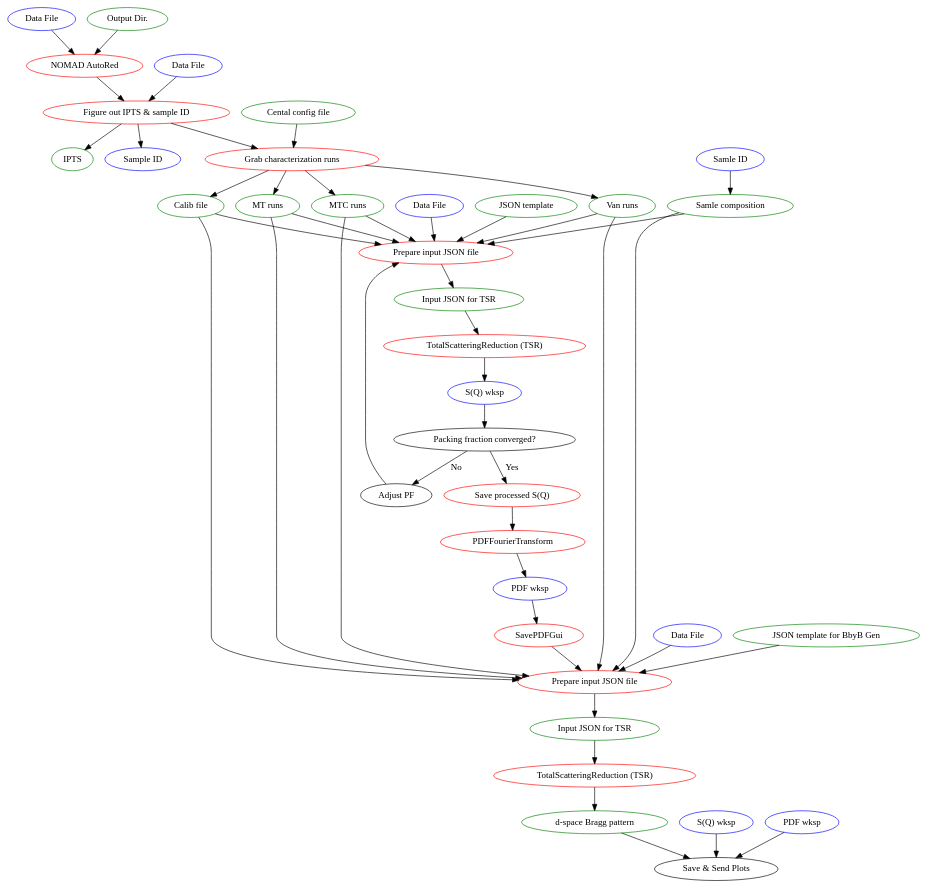
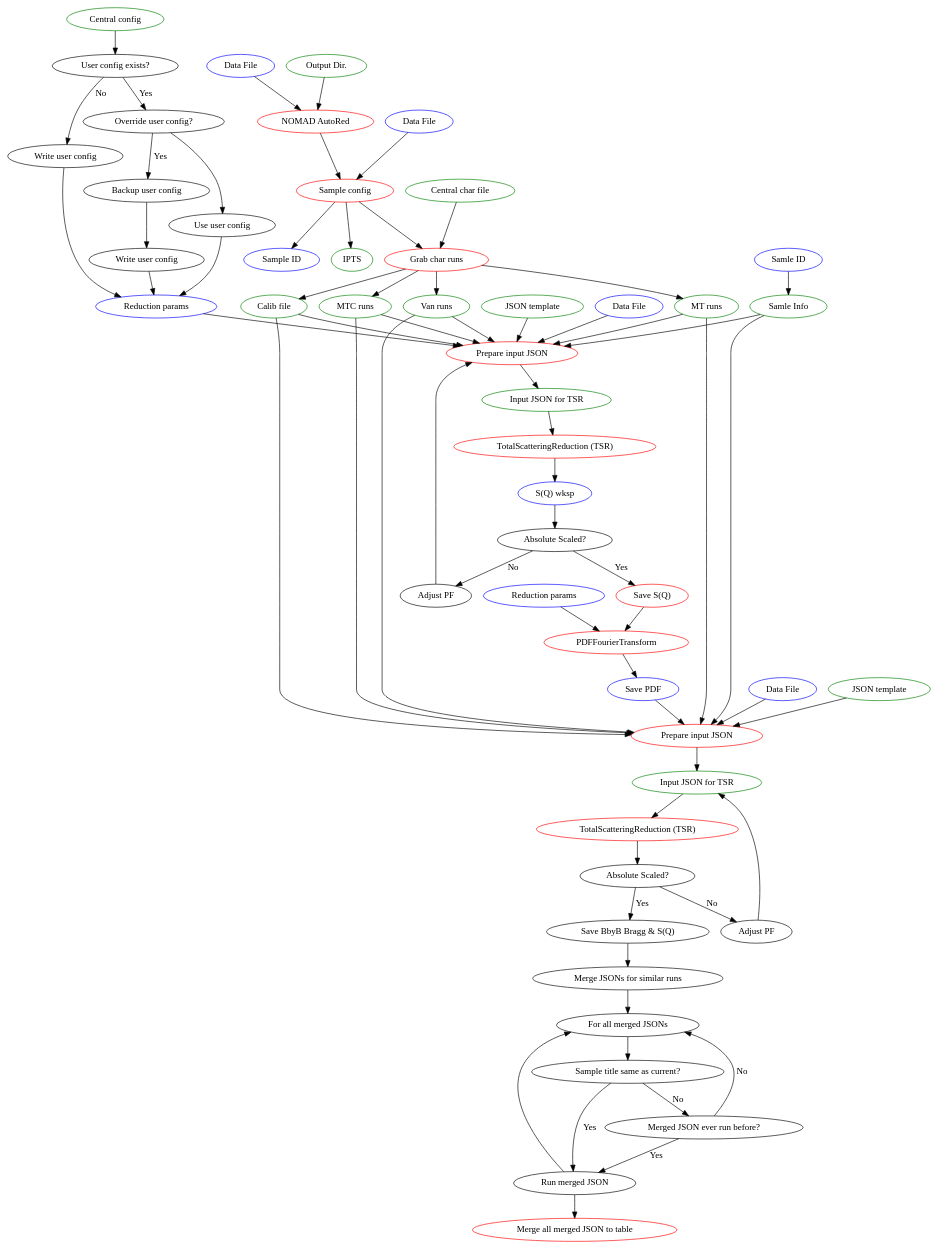
One commit to Kvieta1990/Working_Proj changed the diagram in Support/Docs/NOM_AutoRed.dot. Above: the diagram before and after it, drawn with Graphviz. The commit also changed 2 other files, not shown here.

Commit message:
update nom auto

```diff
--- a/Support/Docs/NOM_AutoRed.dot
+++ b/Support/Docs/NOM_AutoRed.dot
@@ -1,46 +1,65 @@
 strict digraph G {
+ {node[color=green];"Central config"} -> "User config exists?";
+ "User config exists?" -> "Write user config" [label=" No"];
+ "Write user config" -> {node[color=blue];"Reduction params"};
+ "Reduction params" -> {node[color=red];"Prepare input JSON"};
+ "User config exists?" -> "Override user config?" [label=" Yes"];
+ "Override user config?" -> "Backup user config" [label=" Yes"];
+ "Backup user config" -> {node[label="Write user config"];"ruc_1"};
+ {node[label="Write user config"];"ruc_1"} -> {node[color=blue];"Reduction params"};
+ "Override user config?" -> "Use user config";
+ "Use user config" -> {node[color=blue];"Reduction params"};
  {node[color=blue];"Data File"} -> {node[color=red];"NOMAD AutoRed"};
  {node[color=green];"Output Dir."} -> {node[color=red];"NOMAD AutoRed"};
- {node[color=red];"NOMAD AutoRed"} -> {node[color=red];"Figure out IPTS & sample ID"};
- {node[color=blue;label="Data File"];"df_1"} -> {node[color=red];"Figure out IPTS & sample ID"};
- {node[color=red];"Figure out IPTS & sample ID"} -> {node[color=green];"IPTS"};
- {node[color=red];"Figure out IPTS & sample ID"} -> {node[color=blue];"Sample ID"};
- {node[color=red];"Figure out IPTS & sample ID"} -> {node[color=red];"Grab characterization runs"};
- {node[color=green;label="Cental config file"];"cf_1"} -> {node[color=red];"Grab characterization runs"};
- {node[color=red];"Grab characterization runs"} -> {node[color=green];"MTC runs"};
- {node[color=red];"Grab characterization runs"} -> {node[color=green];"MT runs"};
- {node[color=red];"Grab characterization runs"} -> {node[color=green];"Van runs"};
- {node[color=red];"Grab characterization runs"} -> {node[color=green];"Calib file"};
- {node[color=blue;label="Data File"];"df_2"} -> {node[color=red];"Prepare input JSON file"};
- {node[color=green;label="Samle composition"];"sc_2"} -> {node[color=red];"Prepare input JSON file"};
- {node[color=blue;label="Samle ID"];"sid_2"} -> {node[color=green;label="Samle composition"];"sc_2"};
- {node[color=green];"MTC runs"} -> {node[color=red];"Prepare input JSON file"};
- {node[color=green];"MT runs"} -> {node[color=red];"Prepare input JSON file"};
- {node[color=green];"JSON template"} -> {node[color=red];"Prepare input JSON file"};
- {node[color=green];"Van runs"} -> {node[color=red];"Prepare input JSON file"};
- {node[color=green];"Calib file"} -> {node[color=red];"Prepare input JSON file"};
- {node[color=red];"Prepare input JSON file"} -> {node[color=green];"Input JSON for TSR"};
+ {node[color=red];"NOMAD AutoRed"} -> {node[color=red];"Sample config"};
+ {node[color=blue;label="Data File"];"df_1"} -> {node[color=red];"Sample config"};
+ {node[color=red];"Sample config"} -> {node[color=green];"IPTS"};
+ {node[color=red];"Sample config"} -> {node[color=blue];"Sample ID"};
+ {node[color=red];"Sample config"} -> {node[color=red];"Grab char runs"};
+ {node[color=green;label="Central char file"];"cf_1"} -> {node[color=red];"Grab char runs"};
+ {node[color=red];"Grab char runs"} -> {node[color=green];"MTC runs"};
+ {node[color=red];"Grab char runs"} -> {node[color=green];"MT runs"};
+ {node[color=red];"Grab char runs"} -> {node[color=green];"Van runs"};
+ {node[color=red];"Grab char runs"} -> {node[color=green];"Calib file"};
+ {node[color=blue;label="Data File"];"df_2"} -> {node[color=red];"Prepare input JSON"};
+ {node[color=green;label="Samle Info"];"sc_2"} -> {node[color=red];"Prepare input JSON"};
+ {node[color=blue;label="Samle ID"];"sid_2"} -> {node[color=green;label="Samle Info"];"sc_2"};
+ {node[color=green];"MTC runs"} -> {node[color=red];"Prepare input JSON"};
+ {node[color=green];"MT runs"} -> {node[color=red];"Prepare input JSON"};
+ {node[color=green];"JSON template"} -> {node[color=red];"Prepare input JSON"};
+ {node[color=green];"Van runs"} -> {node[color=red];"Prepare input JSON"};
+ {node[color=green];"Calib file"} -> {node[color=red];"Prepare input JSON"};
+ {node[color=red];"Prepare input JSON"} -> {node[color=green];"Input JSON for TSR"};
  {node[color=green];"Input JSON for TSR"} -> {node[color=red];"TotalScatteringReduction (TSR)"};
  {node[color=red];"TotalScatteringReduction (TSR)"} -> {node[color=blue];"S(Q) wksp"};
- {node[color=blue];"S(Q) wksp"} -> "Packing fraction converged?";
- "Packing fraction converged?" -> {node[color=red];"Save processed S(Q)"} [label="  Yes"];
- {node[color=red];"Save processed S(Q)"} -> {node[color=red];"PDFFourierTransform"};
- "Packing fraction converged?" -> "Adjust PF" [label="  No"];
- "Adjust PF" -> {node[color=red];"Prepare input JSON file"};
- {node[color=red];"PDFFourierTransform"} -> {node[color=blue];"PDF wksp"};
- {node[color=blue];"PDF wksp"} -> {node[color=red];"SavePDFGui"};
- {node[color=red];"SavePDFGui"} -> {node[color=red;label="Prepare input JSON file"];"input_json_prep_2"};
- {node[color=green];"MTC runs"} -> {node[color=red;label="Prepare input JSON file"];"input_json_prep_2"};
- {node[color=green];"MT runs"} -> {node[color=red;label="Prepare input JSON file"];"input_json_prep_2"};
- {node[color=green];"Van runs"} -> {node[color=red;label="Prepare input JSON file"];"input_json_prep_2"};
- {node[color=green];"Calib file"} -> {node[color=red;label="Prepare input JSON file"];"input_json_prep_2"};
- {node[color=blue;label="Data File"];"df_3"} -> {node[color=red;label="Prepare input JSON file"];"input_json_prep_2"};
- {node[color=green];"JSON template for BbyB Gen"} -> {node[color=red;label="Prepare input JSON file"];"input_json_prep_2"};
- {node[color=green;label="Samle composition"];"sc_2"} -> {node[color=red;label="Prepare input JSON file"];"input_json_prep_2"};
- {node[color=red;label="Prepare input JSON file"];"input_json_prep_2"} -> {node[color=green;label="Input JSON for TSR"];"input_json_TSR"};
+ {node[color=blue];"S(Q) wksp"} -> "Absolute Scaled?";
+ "Absolute Scaled?" -> {node[color=red];"Save S(Q)"} [label="  Yes"];
+ {node[color=red];"Save S(Q)"} -> {node[color=red];"PDFFourierTransform"};
+ {node[color=blue;label="Reduction params"];"rdp_1"} -> {node[color=red];"PDFFourierTransform"};
+ "Absolute Scaled?" -> "Adjust PF" [label="  No"];
+ "Adjust PF" -> {node[color=red];"Prepare input JSON"};
+ {node[color=red];"PDFFourierTransform"} -> {node[color=blue];"Save PDF"};
+ {node[color=blue];"Save PDF"} -> {node[color=red;label="Prepare input JSON"];"input_json_prep_2"};
+ {node[color=green];"MTC runs"} -> {node[color=red;label="Prepare input JSON"];"input_json_prep_2"};
+ {node[color=green];"MT runs"} -> {node[color=red;label="Prepare input JSON"];"input_json_prep_2"};
+ {node[color=green];"Van runs"} -> {node[color=red;label="Prepare input JSON"];"input_json_prep_2"};
+ {node[color=green];"Calib file"} -> {node[color=red;label="Prepare input JSON"];"input_json_prep_2"};
+ {node[color=blue;label="Data File"];"df_3"} -> {node[color=red;label="Prepare input JSON"];"input_json_prep_2"};
+ {node[color=green;label="JSON template"];"jt_1"} -> {node[color=red;label="Prepare input JSON"];"input_json_prep_2"};
+ {node[color=green;label="Samle Info"];"sc_2"} -> {node[color=red;label="Prepare input JSON"];"input_json_prep_2"};
+ {node[color=red;label="Prepare input JSON"];"input_json_prep_2"} -> {node[color=green;label="Input JSON for TSR"];"input_json_TSR"};
  {node[color=green;label="Input JSON for TSR"];"input_json_TSR"} -> {node[color=red;label="TotalScatteringReduction (TSR)"];"tsr_2"};
- {node[color=red;label="TotalScatteringReduction (TSR)"];"tsr_2"} -> {node[color=green];"d-space Bragg pattern"};
- {node[color=green];"d-space Bragg pattern"} -> "Save & Send Plots";
- {node[color=blue;label="S(Q) wksp"];"sofq_wksp_1"} -> "Save & Send Plots";
- {node[color=blue;label="PDF wksp"];"pdf_wksp_1"} -> "Save & Send Plots";
+ {node[color=red;label="TotalScatteringReduction (TSR)"];"tsr_2"} -> {node[label="Absolute Scaled?"];"pfc_1"};
+ {node[label="Absolute Scaled?"];"pfc_1"} -> "Save BbyB Bragg & S(Q)" [label=" Yes"];
+ {node[label="Absolute Scaled?"];"pfc_1"} -> {node[label="Adjust PF"];"apf_1"} [label=" No"];
+ {node[label="Adjust PF"];"apf_1"} -> {node[color=green;label="Input JSON for TSR"];"input_json_TSR"};
+ "Save BbyB Bragg & S(Q)" -> "Merge JSONs for similar runs";
+ "Merge JSONs for similar runs" -> "For all merged JSONs";
+ "For all merged JSONs" -> "Sample title same as current?";
+ "Sample title same as current?" -> "Run merged JSON" [label=" Yes"];
+ "Sample title same as current?" -> "Merged JSON ever run before?" [label=" No"];
+ "Merged JSON ever run before?" -> "For all merged JSONs" [label=" No"];
+ "Merged JSON ever run before?" -> "Run merged JSON" [label=" Yes"];
+ "Run merged JSON" -> "For all merged JSONs";
+ "Run merged JSON" -> {node[color=red];"Merge all merged JSON to table"};
 }
```
